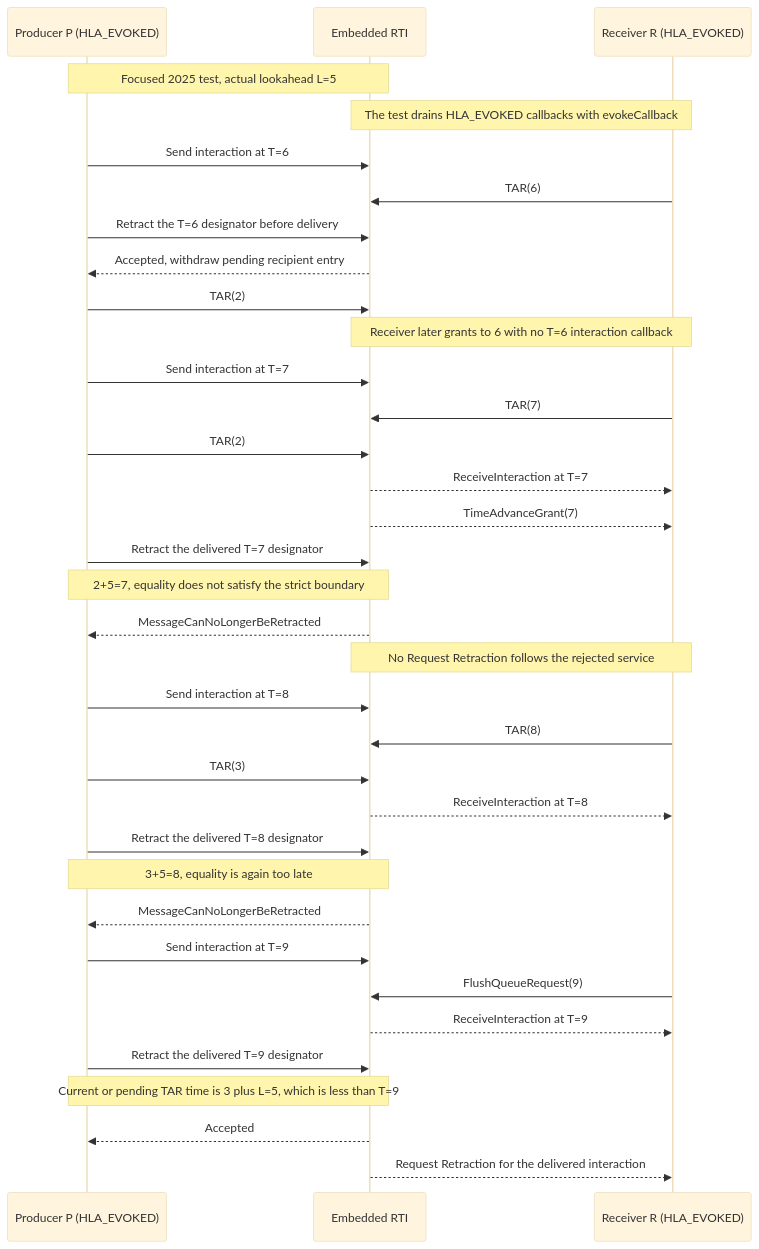
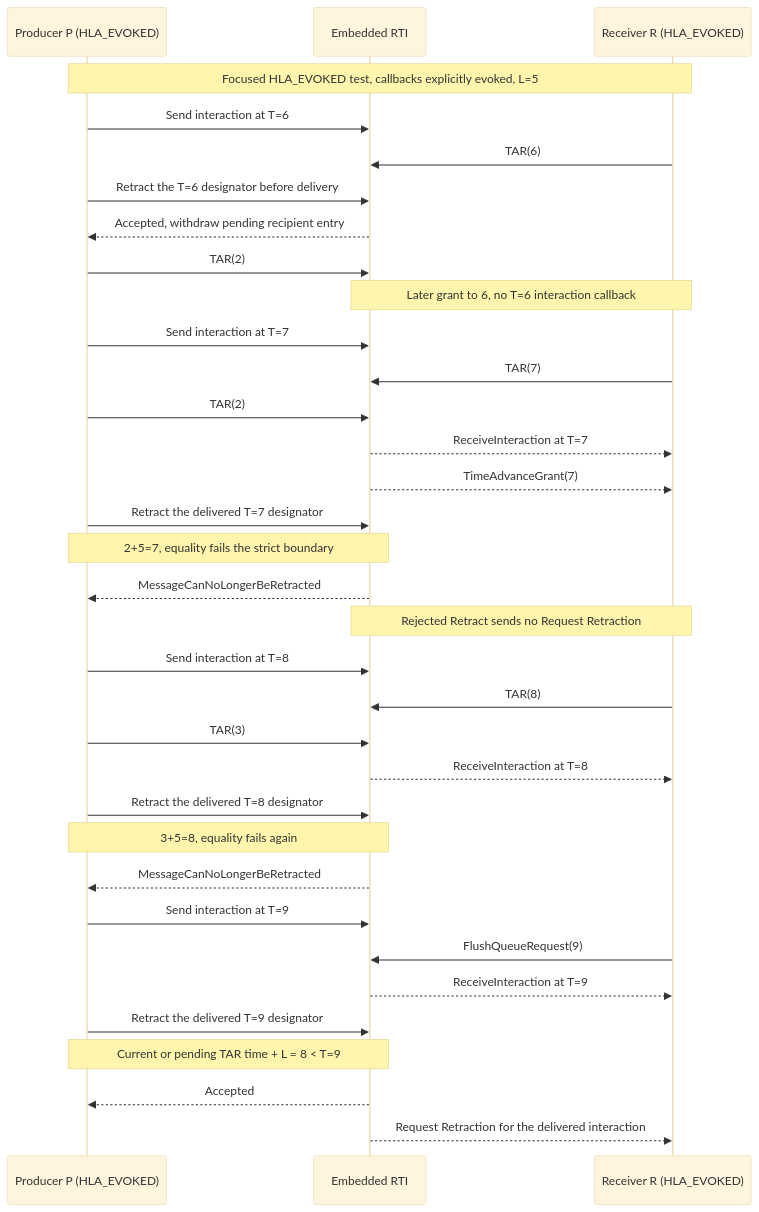
Before and after one commit to sheepfling/umbra: the seventh of 16 diagrams in docs/design/HLA-2025-TSO-RETRACTION-FLOW-GUIDE.md, drawn with Mermaid (base theme). The commit also changed other lines of this file and 39 other files, not shown here.

Commit message:
Document IEEE 1516.1-2025 behavior flows

````diff
--- a/docs/design/HLA-2025-TSO-RETRACTION-FLOW-GUIDE.md
+++ b/docs/design/HLA-2025-TSO-RETRACTION-FLOW-GUIDE.md
@@ -322,41 +375,40 @@
 ```mermaid
 sequenceDiagram
   participant P as Producer P (HLA_EVOKED)
   participant RTI as Embedded RTI
   participant R as Receiver R (HLA_EVOKED)
 
-  Note over P,RTI: Focused 2025 test, actual lookahead L=5
-  Note over RTI,R: The test drains HLA_EVOKED callbacks with evokeCallback
+  Note over P,R: Focused HLA_EVOKED test, callbacks explicitly evoked, L=5
   P->>RTI: Send interaction at T=6
   R->>RTI: TAR(6)
   P->>RTI: Retract the T=6 designator before delivery
   RTI-->>P: Accepted, withdraw pending recipient entry
   P->>RTI: TAR(2)
-  Note over RTI,R: Receiver later grants to 6 with no T=6 interaction callback
+  Note over RTI,R: Later grant to 6, no T=6 interaction callback
 
   P->>RTI: Send interaction at T=7
   R->>RTI: TAR(7)
   P->>RTI: TAR(2)
   RTI-->>R: ReceiveInteraction at T=7
   RTI-->>R: TimeAdvanceGrant(7)
   P->>RTI: Retract the delivered T=7 designator
-  Note over P,RTI: 2+5=7, equality does not satisfy the strict boundary
+  Note over P,RTI: 2+5=7, equality fails the strict boundary
   RTI-->>P: MessageCanNoLongerBeRetracted
-  Note over RTI,R: No Request Retraction follows the rejected service
+  Note over RTI,R: Rejected Retract sends no Request Retraction
 
   P->>RTI: Send interaction at T=8
   R->>RTI: TAR(8)
   P->>RTI: TAR(3)
   RTI-->>R: ReceiveInteraction at T=8
   P->>RTI: Retract the delivered T=8 designator
-  Note over P,RTI: 3+5=8, equality is again too late
+  Note over P,RTI: 3+5=8, equality fails again
   RTI-->>P: MessageCanNoLongerBeRetracted
 
   P->>RTI: Send interaction at T=9
   R->>RTI: FlushQueueRequest(9)
   RTI-->>R: ReceiveInteraction at T=9
   P->>RTI: Retract the delivered T=9 designator
-  Note over P,RTI: Current or pending TAR time is 3 plus L=5, which is less than T=9
+  Note over P,RTI: Current or pending TAR time + L = 8 < T=9
   RTI-->>P: Accepted
   RTI-->>R: Request Retraction for the delivered interaction
 ```
````
